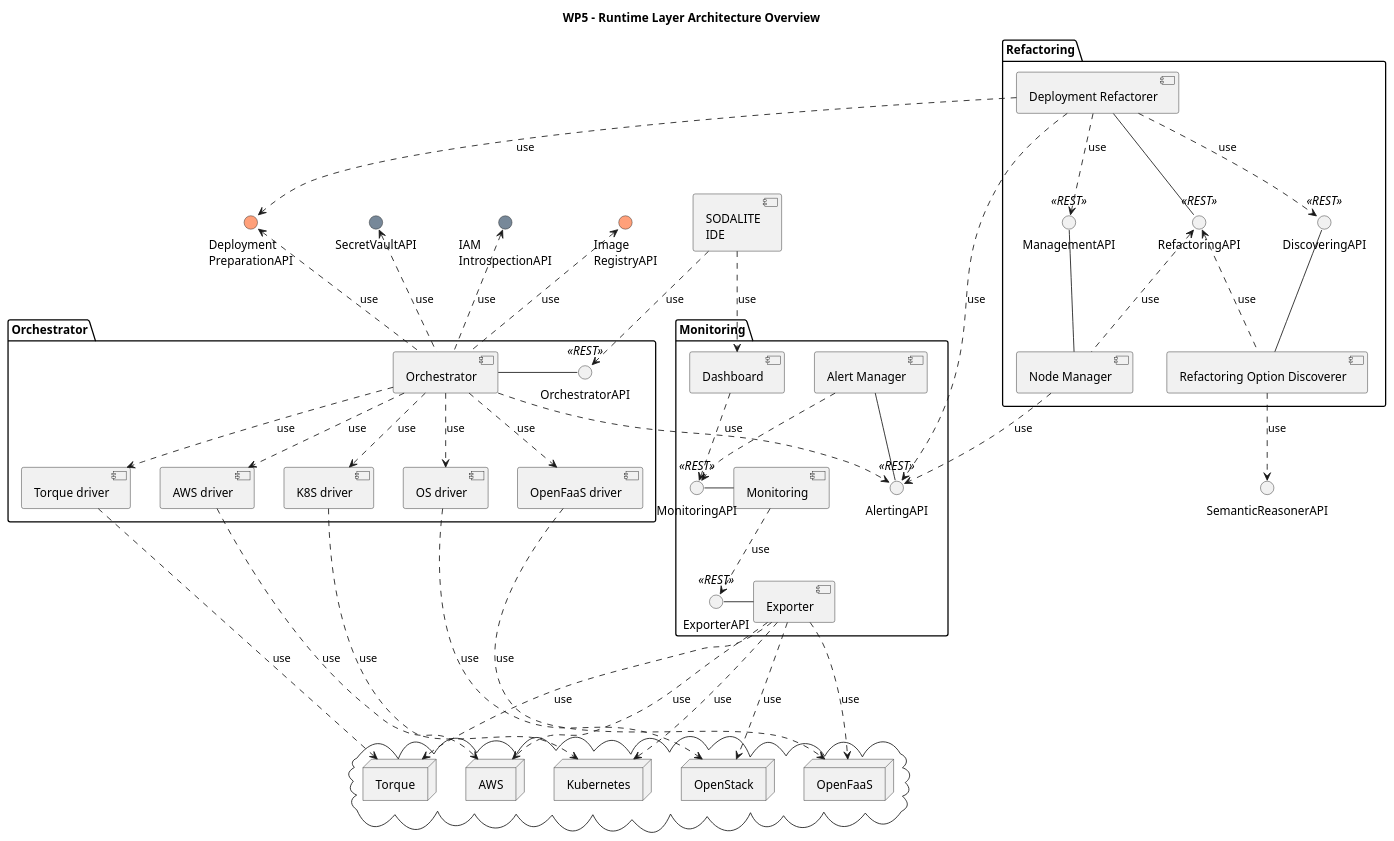
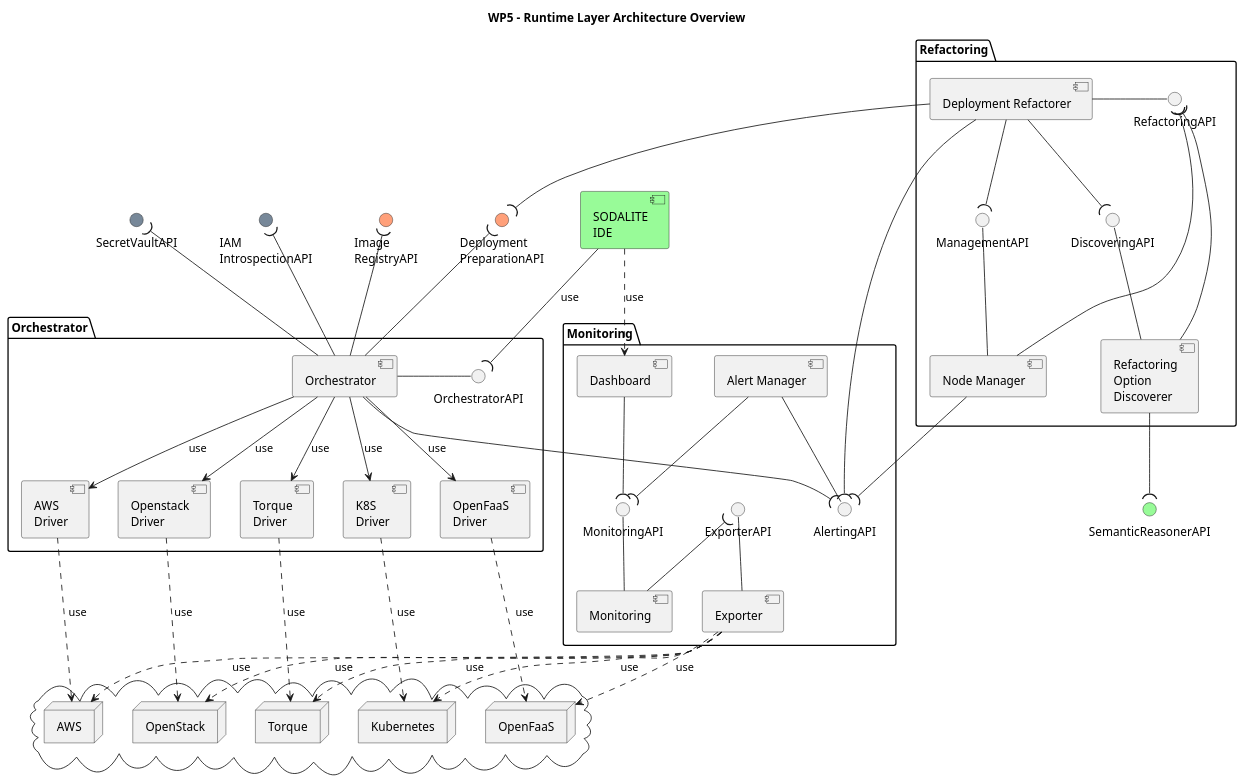
Before and after one commit to SODALITE-EU/project-wide-documentation: the diagram in uml/component-diagrams/CD-WP5-ArchitectureOverview.puml, drawn with PlantUML. The commit also changed 2 other files, not shown here.

Commit message:
Changed the plantuml usageAPI in the diagrams

```diff
--- a/uml/component-diagrams/CD-WP5-ArchitectureOverview.puml
+++ b/uml/component-diagrams/CD-WP5-ArchitectureOverview.puml
@@ -1,108 +1,109 @@
 @startuml
 
 title WP5 - Runtime Layer Architecture Overview
 
-interface "SemanticReasonerAPI" as sem
+skinparam fixCircleLabelOverlapping true 
+
+[SODALITE\nIDE] as ide #PaleGreen
+interface "SemanticReasonerAPI" as sem #PaleGreen
 
 package "Orchestrator" as orch {
     component [Orchestrator] as orch_impl
-    interface "OrchestratorAPI" <<REST>> as orch_if
-    component [OS driver] as os_driver
-    component [K8S driver] as k8s_driver
-    component [Torque driver] as torque_driver
-    component [OpenFaaS driver] as faas_driver
-    component [AWS driver] as aws_driver
+    interface "OrchestratorAPI" as orch_if
+    component [Openstack\nDriver] as os_driver
+    component [K8S\nDriver] as k8s_driver
+    component [Torque\nDriver] as torque_driver
+    component [OpenFaaS\nDriver] as faas_driver
+    component [AWS\nDriver] as aws_driver
     orch_impl - orch_if
 }
 
 package "Monitoring" as mon {
     [Monitoring] as mon_impl
-    () "MonitoringAPI" <<REST>> as mon_if
+    () "MonitoringAPI" as mon_if
     [Dashboard] as dash
     [Exporter] as exp
-    () "ExporterAPI" <<REST>> as exp_if
+    () "ExporterAPI" as exp_if
     [Alert Manager] as alert_mngr
-    () "AlertingAPI" <<REST>> as alert_if
-    mon_impl -l- mon_if
-    exp -l- exp_if
+    () "AlertingAPI"  as alert_if
+    mon_impl -u- mon_if
+    exp -u- exp_if
     alert_mngr -d- alert_if
 }
 
 package "Refactoring" as refactor {
-    interface "RefactoringAPI" <<REST>> as ref_if
-    interface "DiscoveringAPI" <<REST>> as dis_if
-    interface "ManagementAPI" <<REST>> as mng_if
+    interface "RefactoringAPI" as ref_if
+    interface "DiscoveringAPI" as dis_if
+    interface "ManagementAPI" as mng_if
     component [Deployment Refactorer] as ref_depl
-    component [Refactoring Option Discoverer] as ref_opt
+    component [Refactoring\nOption\nDiscoverer] as ref_opt
     component [Node Manager] as ref_node
     dis_if -d- ref_opt
     mng_if -d- ref_node
+    ref_if - ref_depl
 }
 
 cloud {
     node OpenStack
     node Kubernetes as K8S
     node Torque
     node OpenFaaS
     node AWS
 }
 
 'WP4 APIs
 interface "Deployment\nPreparationAPI" as depl_prep #LightSalmon
 interface "Image\nRegistryAPI" as image_reg #LightSalmon
 
 'Security APIs
 interface "IAM\nIntrospectionAPI" as IAMApi #LightSlateGrey
 interface "SecretVaultAPI" as VaultAPI #LightSlateGrey
 
 
-[SODALITE\nIDE] as ide
 
 'Monitoring
-mon_impl ..> exp_if : use
-dash ..> mon_if
-alert_mngr ..> mon_if
+mon_impl -u-( exp_if
+dash --( mon_if
+alert_mngr --( mon_if
 
 
 'Refactoring
-ref_if -u- ref_depl
-ref_if <.. ref_opt : use
-ref_if <.. ref_node : use
+ref_opt --( ref_if
+ref_node --( ref_if
+ref_opt --( sem
 
-ref_opt ..> sem : use
+ref_depl --( mng_if
+ref_depl --( dis_if
+ref_depl --( depl_prep
 
-ref_depl ..> mng_if : use
-ref_depl ..> dis_if : use
-ref_depl ..> depl_prep : use
+ref_node --( alert_if
+ref_depl --( alert_if
+orch_impl --( alert_if
 
-ref_node ..> alert_if : use
-ref_depl ..> alert_if : use
-orch_impl ..> alert_if : use
 
-torque_driver ..> Torque : use
+orch_impl --> os_driver : use
+orch_impl --> k8s_driver : use
+orch_impl --> torque_driver : use
+orch_impl --> aws_driver : use
+orch_impl --> faas_driver : use
 
-orch_impl ..> os_driver : use
-orch_impl ..> k8s_driver : use
-orch_impl ..> torque_driver : use
-orch_impl ..> aws_driver : use
-orch_impl ..> faas_driver : use
-
-orch_impl .u.> depl_prep: use
-orch_impl .u.> image_reg: use
-orch_impl .u.> IAMApi: use
-orch_impl .u.> VaultAPI: use
+orch_impl -u-( depl_prep
+orch_impl -u-( image_reg
+orch_impl -u-( IAMApi
+orch_impl -u-( VaultAPI
 
 os_driver ..> OpenStack : use
 k8s_driver ..> K8S : use
 faas_driver ..> OpenFaaS : use
 aws_driver ..> AWS : use
+torque_driver ..> Torque : use
 
-exp ...> OpenStack : use
-exp ...> K8S : use
-exp ...> Torque : use
-exp ...> OpenFaaS : use
-exp ...> AWS : use
+exp .d.> OpenStack : use
+exp .d.> K8S : use
+exp .d.> Torque : use
+exp .d.> OpenFaaS : use
+exp .d.> AWS : use
 
-ide ..> orch_if : use
+ide --( orch_if : use
 ide ..> dash : use
 @enduml
```
